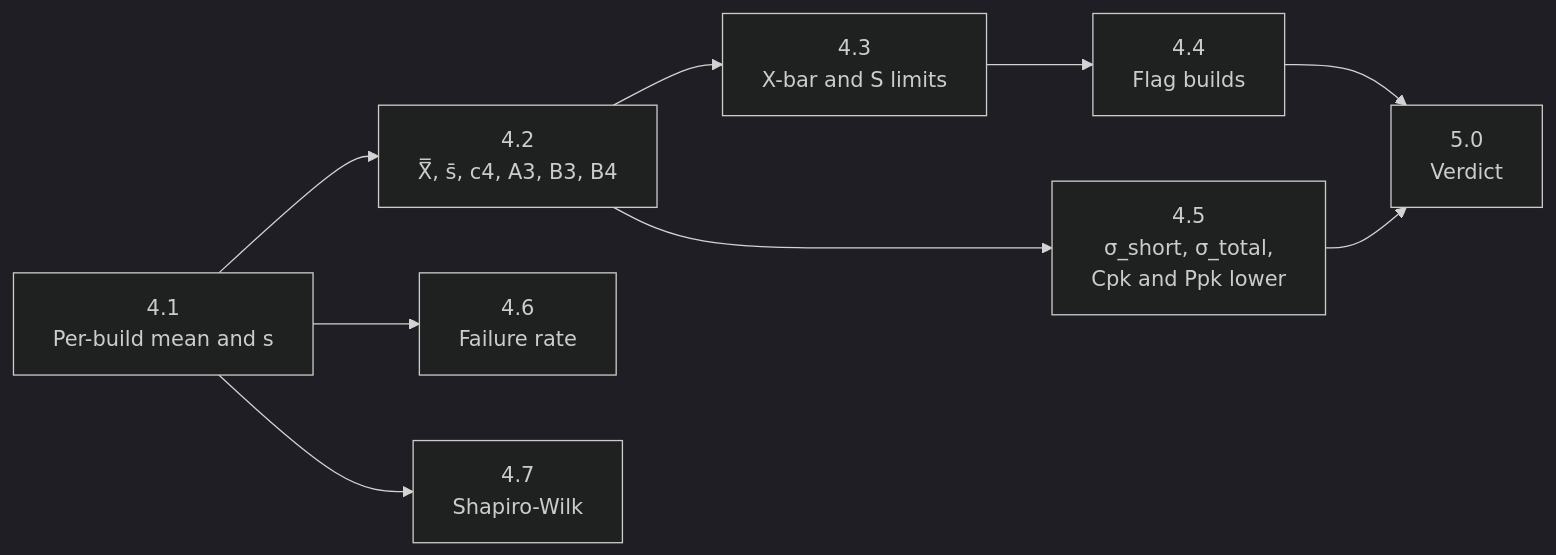
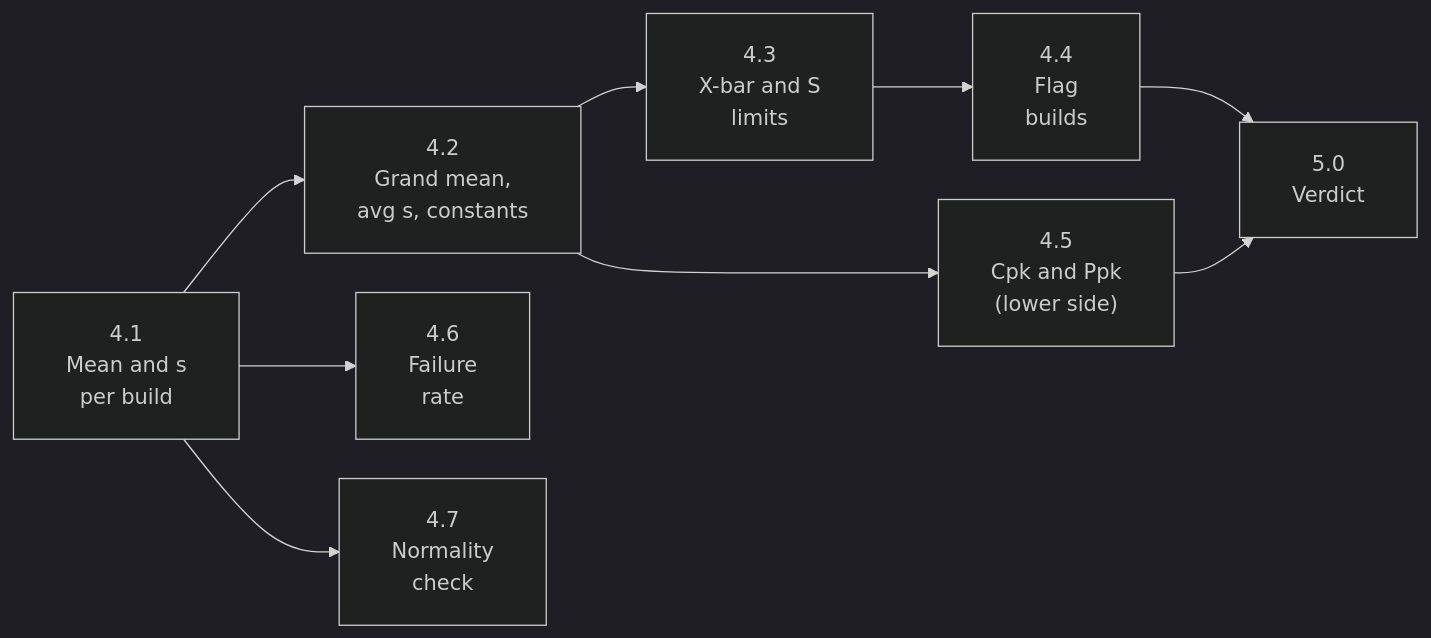
One commit to zaurbabayev222/team-sigma changed the fourth of 5 diagrams in docs/architecture.md. Above: the diagram before and after it, drawn with Mermaid (dark theme). The commit also changed other lines of this file, not shown here.

Commit message:
docs/architecture.md: shorter labels so text fits the diagram blocks

````diff
--- a/docs/architecture.md
+++ b/docs/architecture.md
@@ -102,11 +108,12 @@
 ```mermaid
+%%{init: {"flowchart": {"padding": 20, "nodeSpacing": 30, "rankSpacing": 50}}}%%
 flowchart LR
-    G1["4.1<br/>Per-build mean and s"] --> G2["4.2<br/>X̿, s̄, c4, A3, B3, B4"]
-    G2 --> G3["4.3<br/>X-bar and S limits"]
-    G3 --> G4["4.4<br/>Flag builds"]
-    G2 --> G5["4.5<br/>σ_short, σ_total,<br/>Cpk and Ppk lower"]
-    G1 --> G6["4.6<br/>Failure rate"]
-    G1 --> G7["4.7<br/>Shapiro-Wilk"]
-    G4 --> G8["5.0<br/>Verdict"]
+    G1["4.1<br>Mean and s<br>per build"] --> G2["4.2<br>Grand mean,<br>avg s, constants"]
+    G2 --> G3["4.3<br>X-bar and S<br>limits"]
+    G3 --> G4["4.4<br>Flag<br>builds"]
+    G2 --> G5["4.5<br>Cpk and Ppk<br>(lower side)"]
+    G1 --> G6["4.6<br>Failure<br>rate"]
+    G1 --> G7["4.7<br>Normality<br>check"]
+    G4 --> G8["5.0<br>Verdict"]
     G5 --> G8
 ```
````
